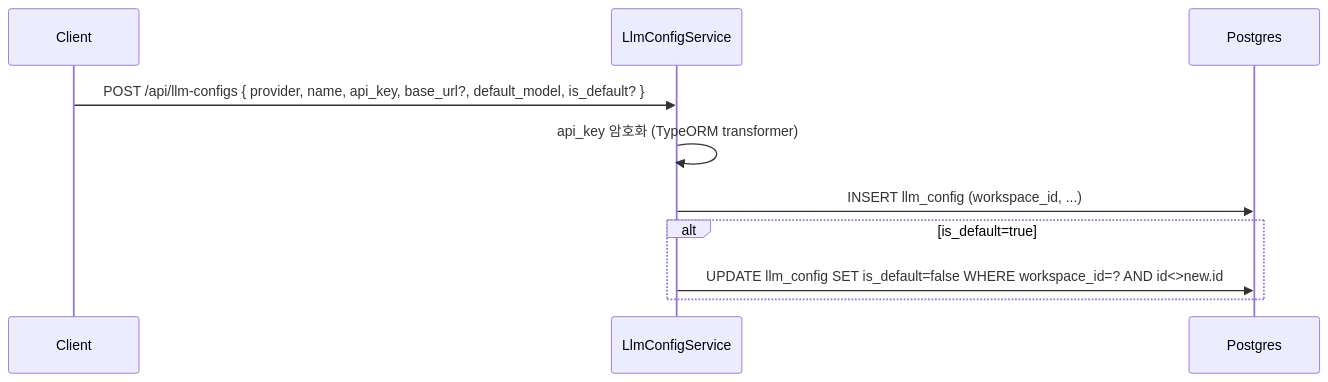
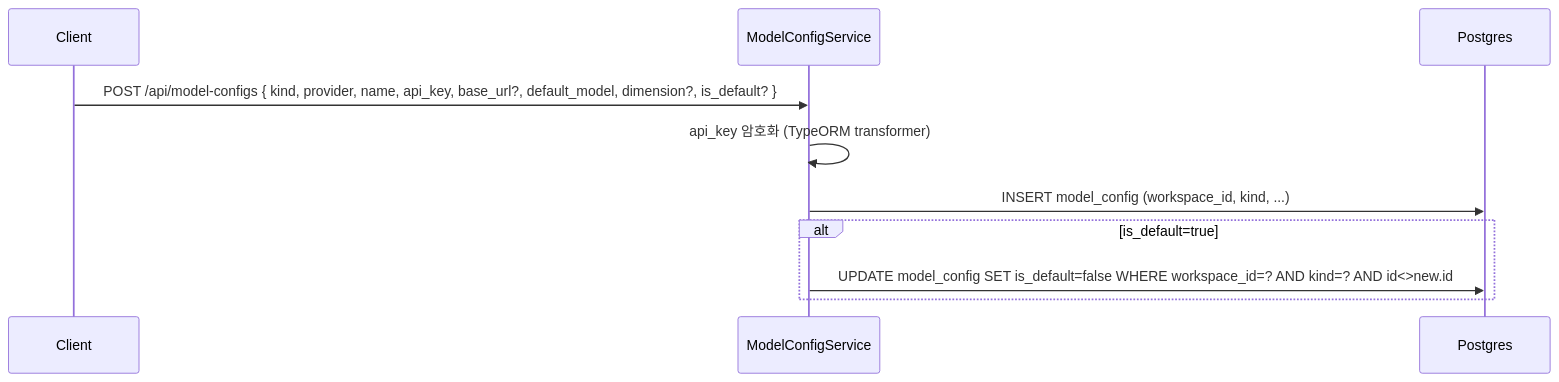
The first of 2 diagrams in spec/data-flow/7-llm-usage.md (worker-ants/clemvion), drawn with Mermaid before and after one commit. The commit also changed other lines of this file and 38 other files, not shown here.

````diff
--- a/spec/data-flow/7-llm-usage.md
+++ b/spec/data-flow/7-llm-usage.md
@@ -29,12 +29,12 @@
 ```mermaid
 sequenceDiagram
   participant C as Client
-  participant Svc as LlmConfigService
+  participant Svc as ModelConfigService
   participant PG as Postgres
-  C->>Svc: POST /api/llm-configs { provider, name, api_key, base_url?, default_model, is_default? }
+  C->>Svc: POST /api/model-configs { kind, provider, name, api_key, base_url?, default_model, dimension?, is_default? }
   Svc->>Svc: api_key 암호화 (TypeORM transformer)
-  Svc->>PG: INSERT llm_config (workspace_id, ...)
+  Svc->>PG: INSERT model_config (workspace_id, kind, ...)
   alt is_default=true
-    Svc->>PG: UPDATE llm_config SET is_default=false WHERE workspace_id=? AND id<>new.id
+    Svc->>PG: UPDATE model_config SET is_default=false WHERE workspace_id=? AND kind=? AND id<>new.id
   end
 ```
````
